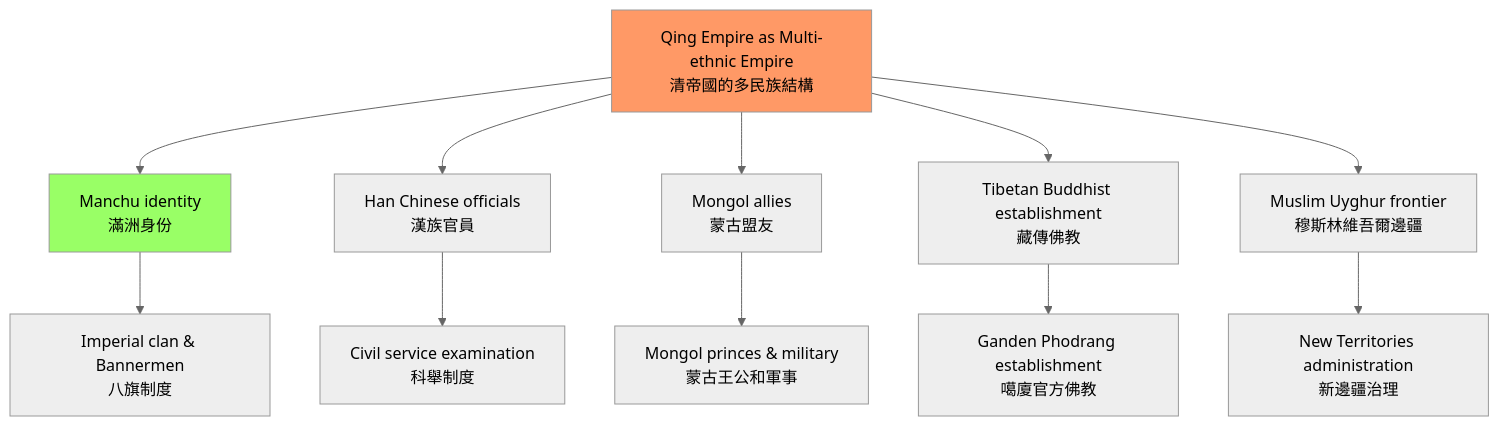
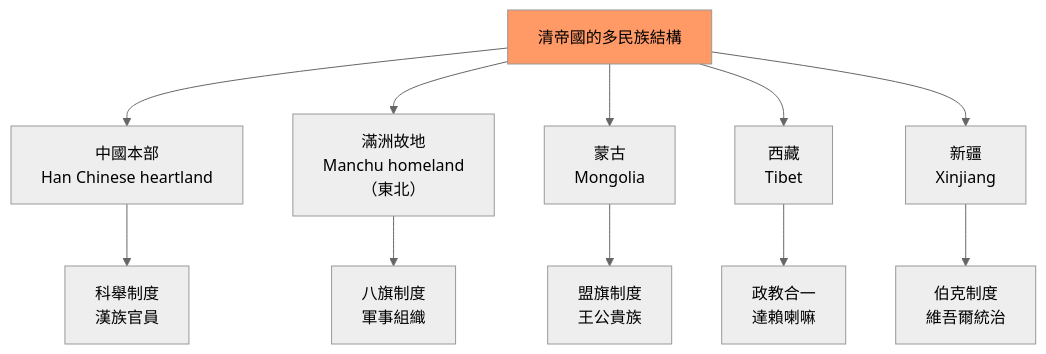
The first of 10 diagrams in 01_HKU_Courses/HIST2127_Qing_China_in_the_World.md (yip-lgtm/HKU-Harvard-History-Self-Study), drawn with Mermaid (neutral theme) before and after one commit. The commit also changed other lines of this file and 5 other files, not shown here.

````diff
--- a/01_HKU_Courses/HIST2127_Qing_China_in_the_World.md
+++ b/01_HKU_Courses/HIST2127_Qing_China_in_the_World.md
@@ -73,17 +177,16 @@
 ```mermaid
 graph TD
-    A[Qing Empire as Multi-ethnic Empire<br/>清帝國的多民族結構] --> B[Manchu identity<br/>滿洲身份]
-    A --> C[Han Chinese officials<br/>漢族官員]
-    A --> D[Mongol allies<br/>蒙古盟友]
-    A --> E[Tibetan Buddhist establishment<br/>藏傳佛教]
-    A --> F[Muslim Uyghur frontier<br/>穆斯林維吾爾邊疆]
+    A[清帝國的多民族結構] --> B[中國本部<br/>Han Chinese heartland]
+    A --> C[滿洲故地<br/>Manchu homeland<br/>（東北）]
+    A --> D[蒙古<br/>Mongolia]
+    A --> E[西藏<br/>Tibet]
+    A --> F[新疆<br/>Xinjiang]
     
-    B --> B1[Imperial clan & Bannermen<br/>八旗制度]
-    C --> C1[Civil service examination<br/>科舉制度]
-    D --> D1[Mongol princes & military<br/>蒙古王公和軍事]
-    E --> E1[Ganden Phodrang establishment<br/>噶廈官方佛教]
-    F --> F1[New Territories administration<br/>新邊疆治理]
+    B --> B1[科舉制度<br/>漢族官員]
+    C --> C1[八旗制度<br/>軍事組織]
+    D --> D1[盟旗制度<br/>王公貴族]
+    E --> E1[政教合一<br/>達賴喇嘛]
+    F --> F1[伯克制度<br/>維吾爾統治]
     
     style A fill:#f96
-    style B fill:#9f6
 ```
````
